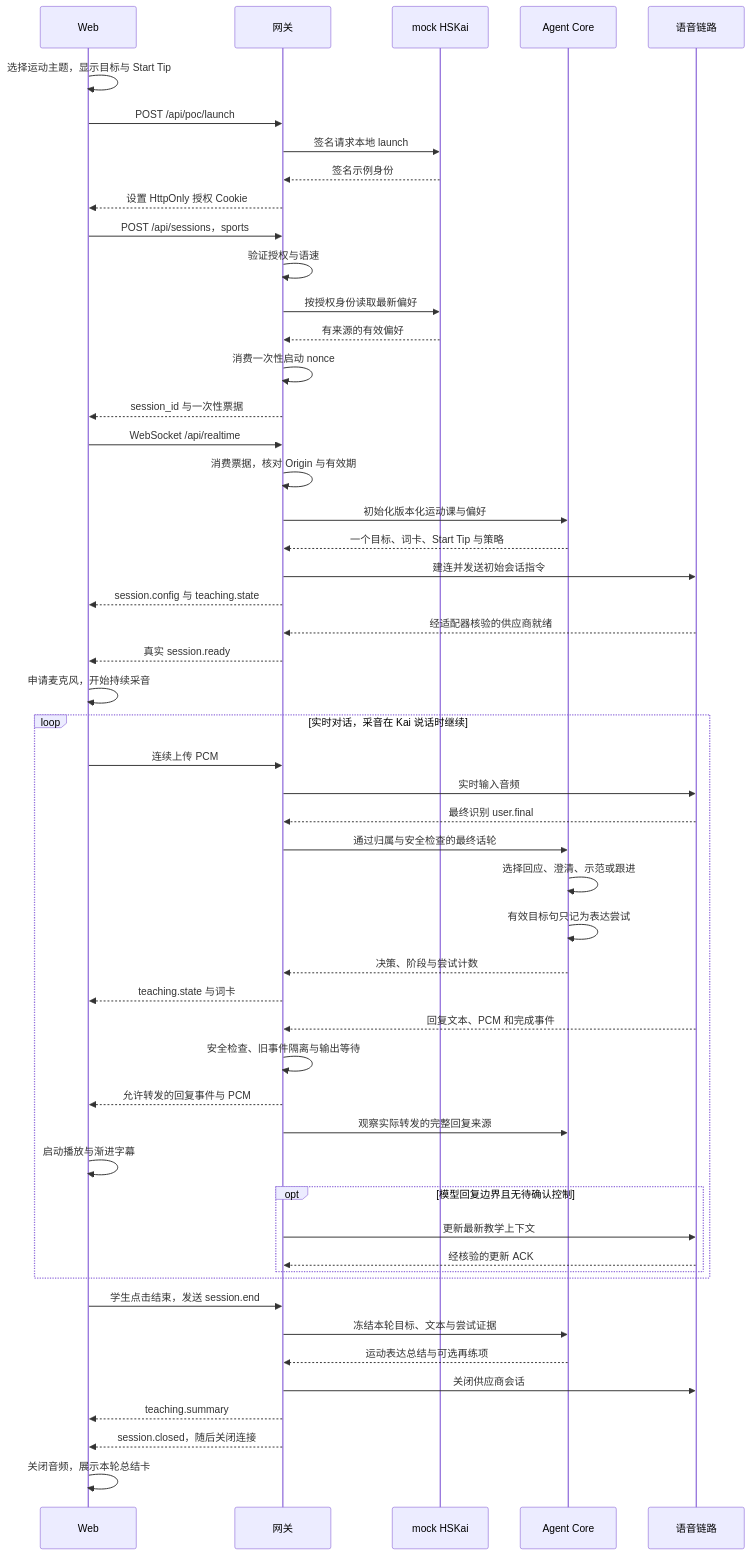
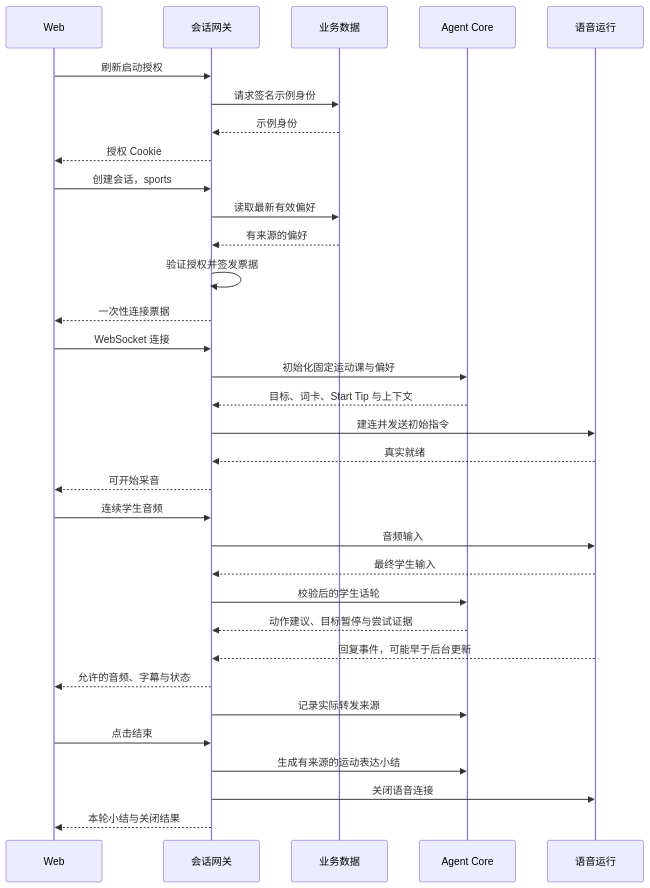
The third of 4 diagrams in README.md (yqhuang-cyber/ask-kai), drawn with Mermaid before and after one commit. The commit also changed other lines of this file and 1 other file, not shown here.

Commit message:
docs: reorganize README around product, agent architecture, journeys and evidence

````diff
--- a/README.md
+++ b/README.md
@@ -332,54 +162,35 @@
 ```mermaid
 sequenceDiagram
     participant W as Web
-    participant G as 网关
-    participant H as mock HSKai
+    participant G as 会话网关
+    participant B as 业务数据
     participant C as Agent Core
-    participant P as 语音链路
-    W->>W: 选择运动主题，显示目标与 Start Tip
-    W->>G: POST /api/poc/launch
-    G->>H: 签名请求本地 launch
-    H-->>G: 签名示例身份
-    G-->>W: 设置 HttpOnly 授权 Cookie
-    W->>G: POST /api/sessions，sports
-    G->>G: 验证授权与语速
-    G->>H: 按授权身份读取最新偏好
-    H-->>G: 有来源的有效偏好
-    G->>G: 消费一次性启动 nonce
-    G-->>W: session_id 与一次性票据
-    W->>G: WebSocket /api/realtime
-    G->>G: 消费票据，核对 Origin 与有效期
-    G->>C: 初始化版本化运动课与偏好
-    C-->>G: 一个目标、词卡、Start Tip 与策略
-    G->>P: 建连并发送初始会话指令
-    G-->>W: session.config 与 teaching.state
-    P-->>G: 经适配器核验的供应商就绪
-    G-->>W: 真实 session.ready
-    W->>W: 申请麦克风，开始持续采音
-    loop 实时对话，采音在 Kai 说话时继续
-        W->>G: 连续上传 PCM
-        G->>P: 实时输入音频
-        P-->>G: 最终识别 user.final
-        G->>C: 通过归属与安全检查的最终话轮
-        C->>C: 选择回应、澄清、示范或跟进
-        C->>C: 有效目标句只记为表达尝试
-        C-->>G: 决策、阶段与尝试计数
-        G-->>W: teaching.state 与词卡
-        P-->>G: 回复文本、PCM 和完成事件
-        G->>G: 安全检查、旧事件隔离与输出等待
-        G-->>W: 允许转发的回复事件与 PCM
-        G->>C: 观察实际转发的完整回复来源
-        W->>W: 启动播放与渐进字幕
-        opt 模型回复边界且无待确认控制
-            G->>P: 更新最新教学上下文
-            P-->>G: 经核验的更新 ACK
-        end
-    end
-    W->>G: 学生点击结束，发送 session.end
-    G->>C: 冻结本轮目标、文本与尝试证据
-    C-->>G: 运动表达总结与可选再练项
-    G->>P: 关闭供应商会话
-    G-->>W: teaching.summary
-    G-->>W: session.closed，随后关闭连接
-    W->>W: 关闭音频，展示本轮总结卡
+    participant V as 语音运行
+    W->>G: 刷新启动授权
+    G->>B: 请求签名示例身份
+    B-->>G: 示例身份
+    G-->>W: 授权 Cookie
+    W->>G: 创建会话，sports
+    G->>B: 读取最新有效偏好
+    B-->>G: 有来源的偏好
+    G->>G: 验证授权并签发票据
+    G-->>W: 一次性连接票据
+    W->>G: WebSocket 连接
+    G->>C: 初始化固定运动课与偏好
+    C-->>G: 目标、词卡、Start Tip 与上下文
+    G->>V: 建连并发送初始指令
+    V-->>G: 真实就绪
+    G-->>W: 可开始采音
+    W->>G: 连续学生音频
+    G->>V: 音频输入
+    V-->>G: 最终学生输入
+    G->>C: 校验后的学生话轮
+    C-->>G: 动作建议、目标暂停与尝试证据
+    V-->>G: 回复事件，可能早于后台更新
+    G-->>W: 允许的音频、字幕与状态
+    G->>C: 记录实际转发来源
+    W->>G: 点击结束
+    G->>C: 生成有来源的运动表达小结
+    G->>V: 关闭语音连接
+    G-->>W: 本轮小结与关闭结果
 ```
````
